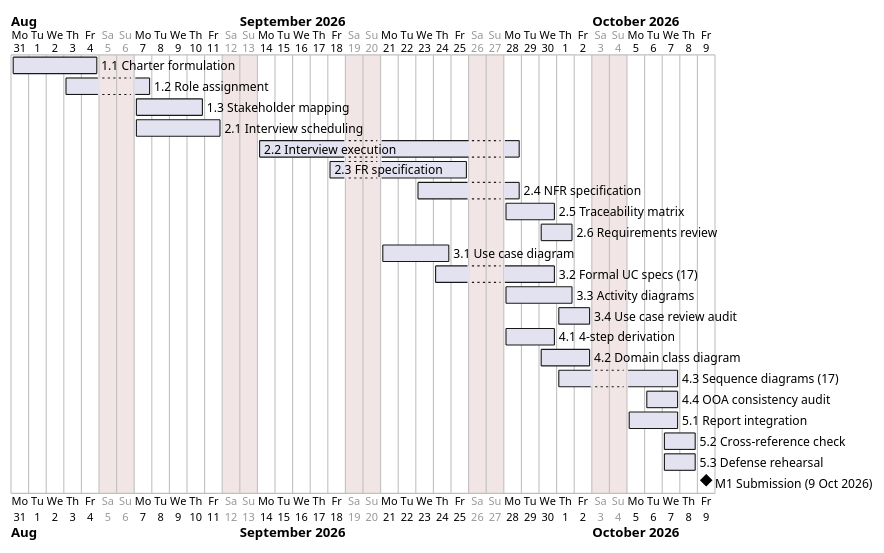
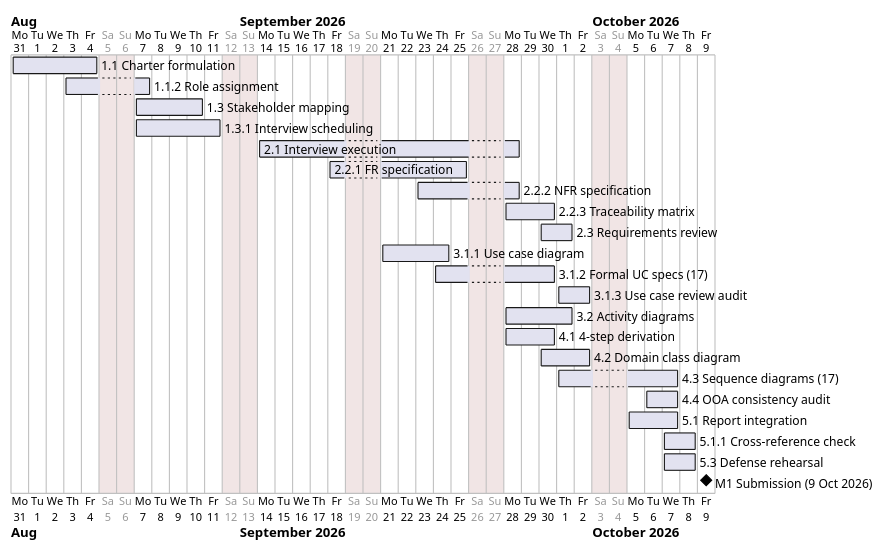
Before and after one commit to adoreblvnk/2001temp: the diagram in report/assets/gantt.puml, drawn with PlantUML. The commit also changed 1 other file, not shown here.

Commit message:
fix(schedule): align Gantt and critical path task codes with WBS Table 5.1
Relabel Gantt bars with WBS codes (e.g. 2.4 NFR specification -> 2.2.2, 3.3 Activity diagrams -> 3.2). Map interview scheduling to WBS 1.3.1 and add WBS rows 3.1.3 (use case review audit) and 5.1.1 (cross-reference check) for the two Gantt bars with no WBS entry. Update the critical path and parallel-path text to the same codes.

```diff
--- a/report/assets/gantt.puml
+++ b/report/assets/gantt.puml
@@ -1,32 +1,32 @@
 @startgantt
 project starts 2026-08-31
 saturday are closed
 sunday are closed
 
 [1.1 Charter formulation] starts 2026-08-31 and requires 5 days
-[1.2 Role assignment] starts 2026-09-03 and requires 3 days
+[1.1.2 Role assignment] starts 2026-09-03 and requires 3 days
 [1.3 Stakeholder mapping] starts 2026-09-07 and requires 4 days
+[1.3.1 Interview scheduling] starts 2026-09-07 and requires 5 days
 
-[2.1 Interview scheduling] starts 2026-09-07 and requires 5 days
-[2.2 Interview execution] starts 2026-09-14 and requires 11 days
-[2.3 FR specification] starts 2026-09-18 and requires 6 days
-[2.4 NFR specification] starts 2026-09-23 and requires 4 days
-[2.5 Traceability matrix] starts 2026-09-28 and requires 3 days
-[2.6 Requirements review] starts 2026-09-30 and requires 2 days
+[2.1 Interview execution] starts 2026-09-14 and requires 11 days
+[2.2.1 FR specification] starts 2026-09-18 and requires 6 days
+[2.2.2 NFR specification] starts 2026-09-23 and requires 4 days
+[2.2.3 Traceability matrix] starts 2026-09-28 and requires 3 days
+[2.3 Requirements review] starts 2026-09-30 and requires 2 days
 
-[3.1 Use case diagram] starts 2026-09-21 and requires 4 days
-[3.2 Formal UC specs (17)] starts 2026-09-24 and requires 5 days
-[3.3 Activity diagrams] starts 2026-09-28 and requires 4 days
-[3.4 Use case review audit] starts 2026-10-01 and requires 2 days
+[3.1.1 Use case diagram] starts 2026-09-21 and requires 4 days
+[3.1.2 Formal UC specs (17)] starts 2026-09-24 and requires 5 days
+[3.1.3 Use case review audit] starts 2026-10-01 and requires 2 days
+[3.2 Activity diagrams] starts 2026-09-28 and requires 4 days
 
 [4.1 4-step derivation] starts 2026-09-28 and requires 3 days
 [4.2 Domain class diagram] starts 2026-09-30 and requires 3 days
 [4.3 Sequence diagrams (17)] starts 2026-10-01 and requires 5 days
 [4.4 OOA consistency audit] starts 2026-10-06 and requires 2 days
 
 [5.1 Report integration] starts 2026-10-05 and requires 3 days
-[5.2 Cross-reference check] starts 2026-10-07 and requires 2 days
+[5.1.1 Cross-reference check] starts 2026-10-07 and requires 2 days
 [5.3 Defense rehearsal] starts 2026-10-07 and requires 2 days
 
 [M1 Submission (9 Oct 2026)] happens at 2026-10-09
 @endgantt
```
